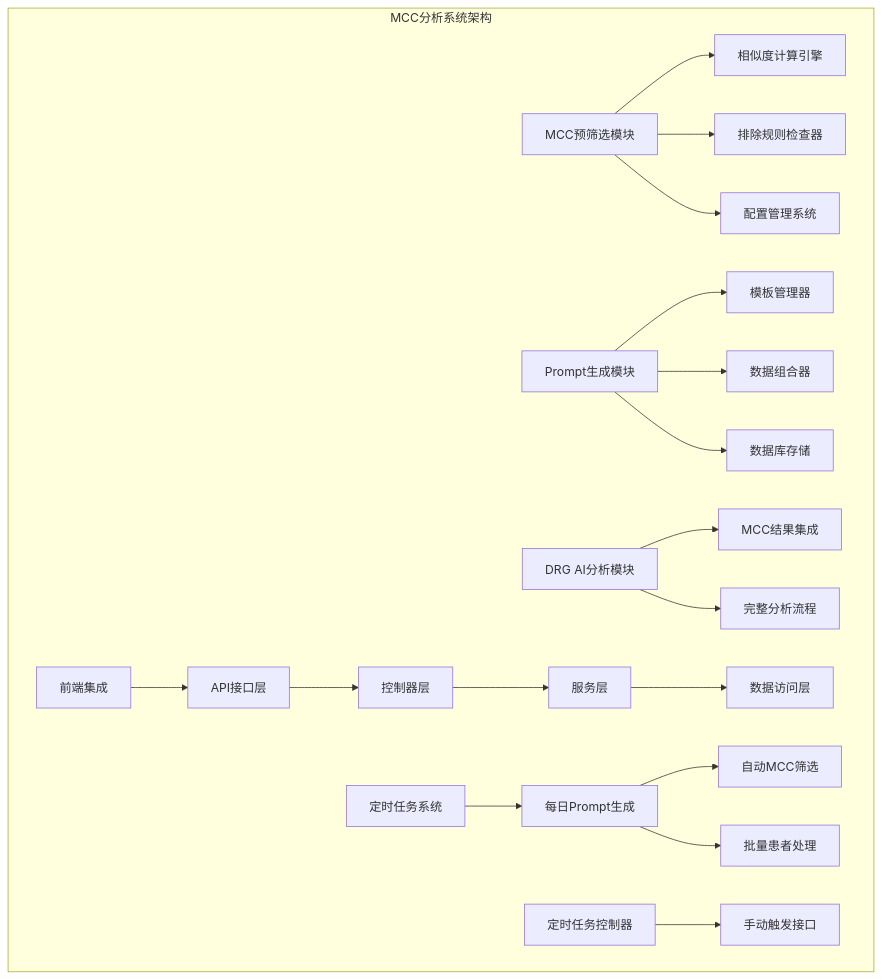
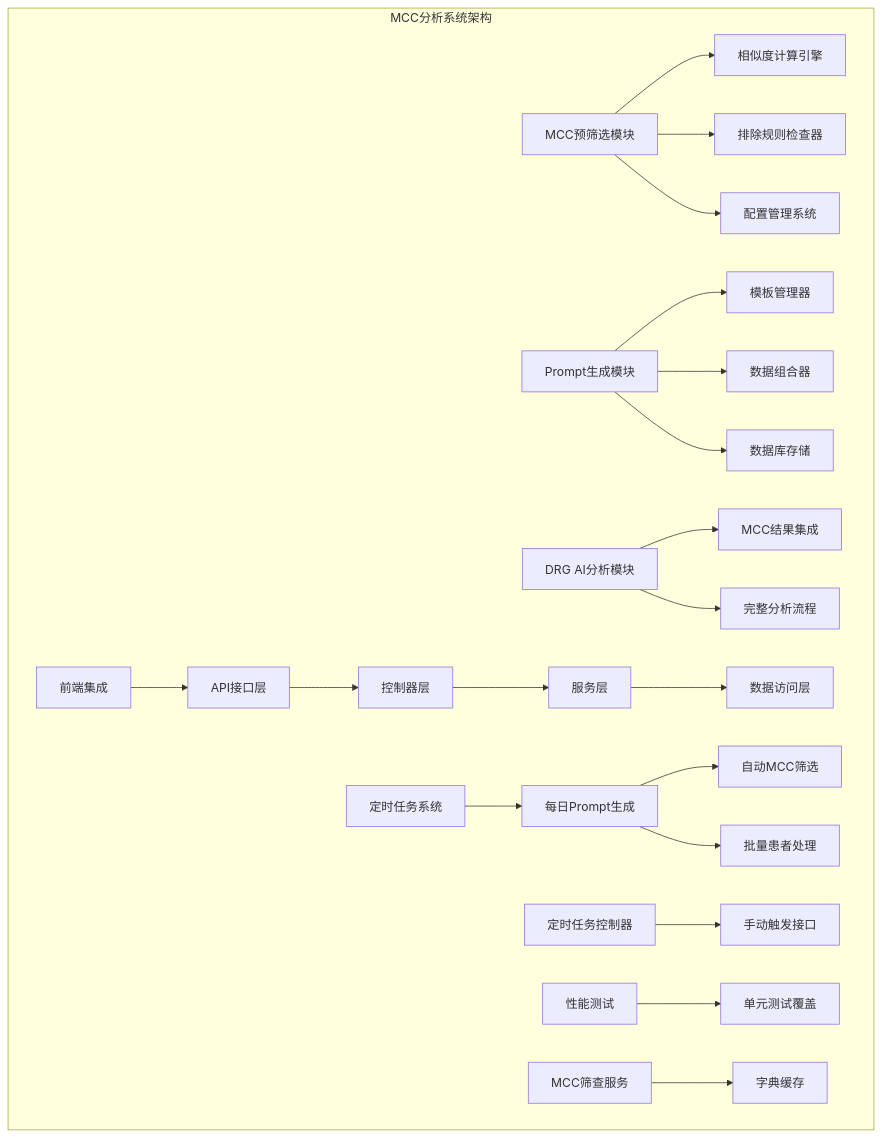
Before and after one commit to liuzh2008/med_ai_assistant_workspace: the first of 7 diagrams in .qoder/repowiki/zh/content/核心功能模块/MCC分析系统.md, drawn with Mermaid. The commit also changed other lines of this file and 4 other files, not shown here.

````diff
--- a/.qoder/repowiki/zh/content/核心功能模块/MCC分析系统.md
+++ b/.qoder/repowiki/zh/content/核心功能模块/MCC分析系统.md
@@ -45,21 +49,23 @@
 ```mermaid
 graph TB
 subgraph "MCC分析系统架构"
 A[MCC预筛选模块] --> B[相似度计算引擎]
 A --> C[排除规则检查器]
 A --> D[配置管理系统]
 E[Prompt生成模块] --> F[模板管理器]
 E --> G[数据组合器]
 E --> H[数据库存储]
 I[DRG AI分析模块] --> J[MCC结果集成]
 I --> K[完整分析流程]
 L[前端集成] --> M[API接口层]
 M --> N[控制器层]
 N --> O[服务层]
 O --> P[数据访问层]
 Q[定时任务系统] --> R[每日Prompt生成]
 R --> S[自动MCC筛选]
 R --> T[批量患者处理]
 U[定时任务控制器] --> V[手动触发接口]
+W[性能测试] --> X[单元测试覆盖]
+Y[MCC筛查服务] --> Z[字典缓存]
 end
 ```
````
